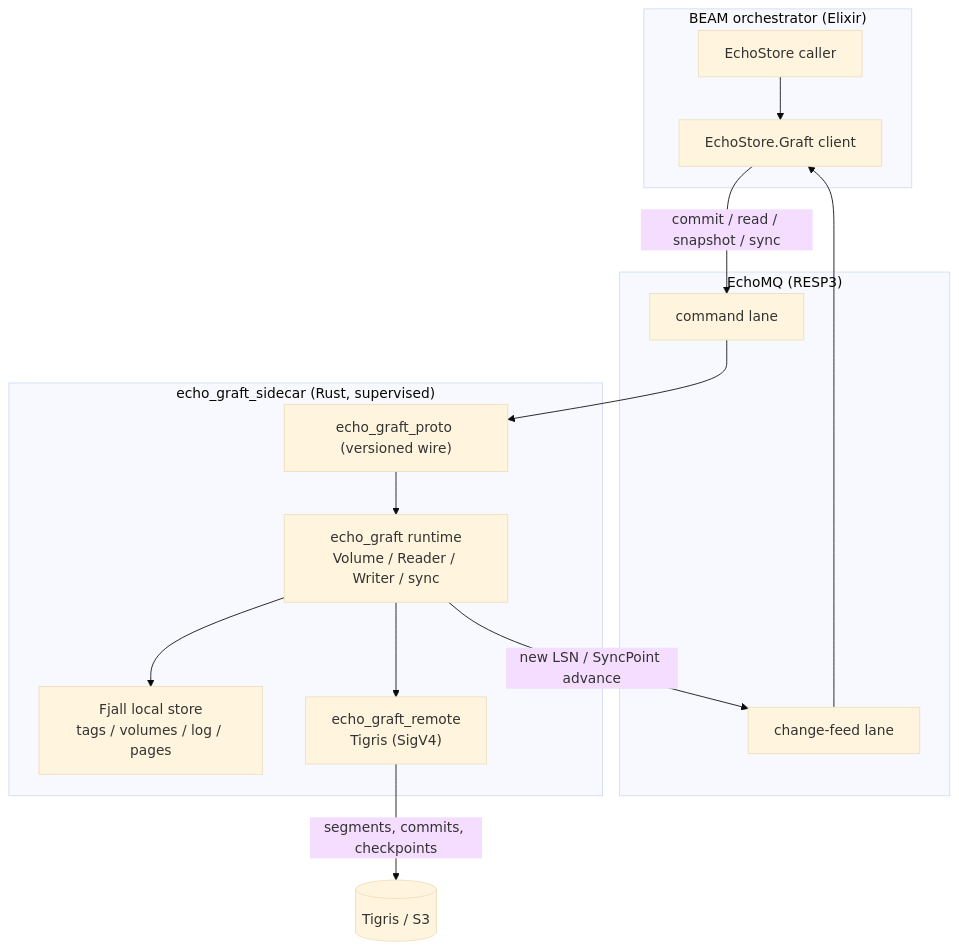
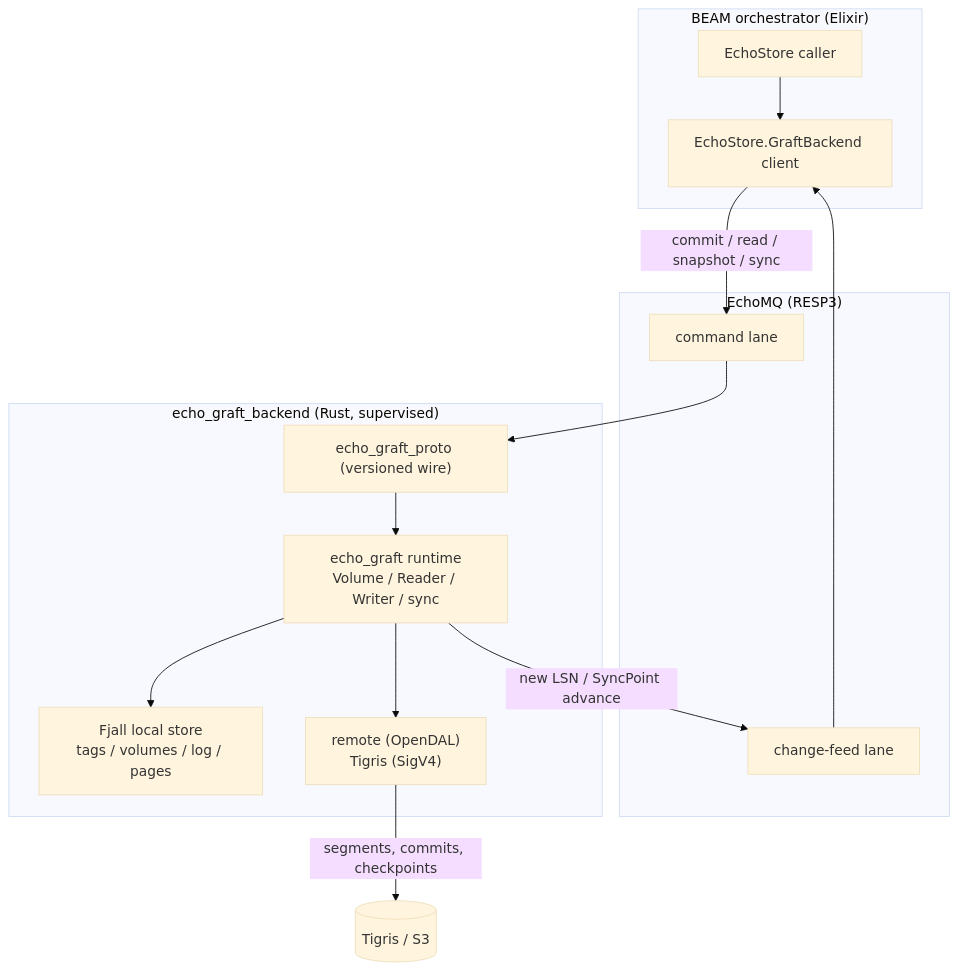
The first of 2 diagrams in docs/graft/graft.roadmap.md (jonny-novikov/fiberfx), drawn with Mermaid (base theme) before and after one commit. The commit also changed other lines of this file and 12 other files, not shown here.

Commit message:
[echo_graft] specs

````diff
--- a/docs/graft/graft.roadmap.md
+++ b/docs/graft/graft.roadmap.md
@@ -35,23 +35,23 @@
 ```mermaid
 flowchart TB
     subgraph BEAM["BEAM orchestrator (Elixir)"]
         Caller["EchoStore caller"]
-        Client["EchoStore.Graft client"]
+        Client["EchoStore.GraftBackend client"]
         Caller --> Client
     end
     subgraph Bus["EchoMQ (RESP3)"]
         Cmd["command lane"]
         Feed["change-feed lane"]
     end
-    subgraph Side["echo_graft_sidecar (Rust, supervised)"]
+    subgraph Side["echo_graft_backend (Rust, supervised)"]
         Proto["echo_graft_proto (versioned wire)"]
         RT["echo_graft runtime\nVolume / Reader / Writer / sync"]
         Local["Fjall local store\ntags / volumes / log / pages"]
-        Remote["echo_graft_remote\nTigris (SigV4)"]
+        Remote["remote (OpenDAL)\nTigris (SigV4)"]
         Proto --> RT --> Local
         RT --> Remote
     end
     Client -->|commit / read / snapshot / sync| Cmd --> Proto
     RT -->|new LSN / SyncPoint advance| Feed --> Client
     Remote -->|segments, commits, checkpoints| Tigris[(Tigris / S3)]
 ```
````
